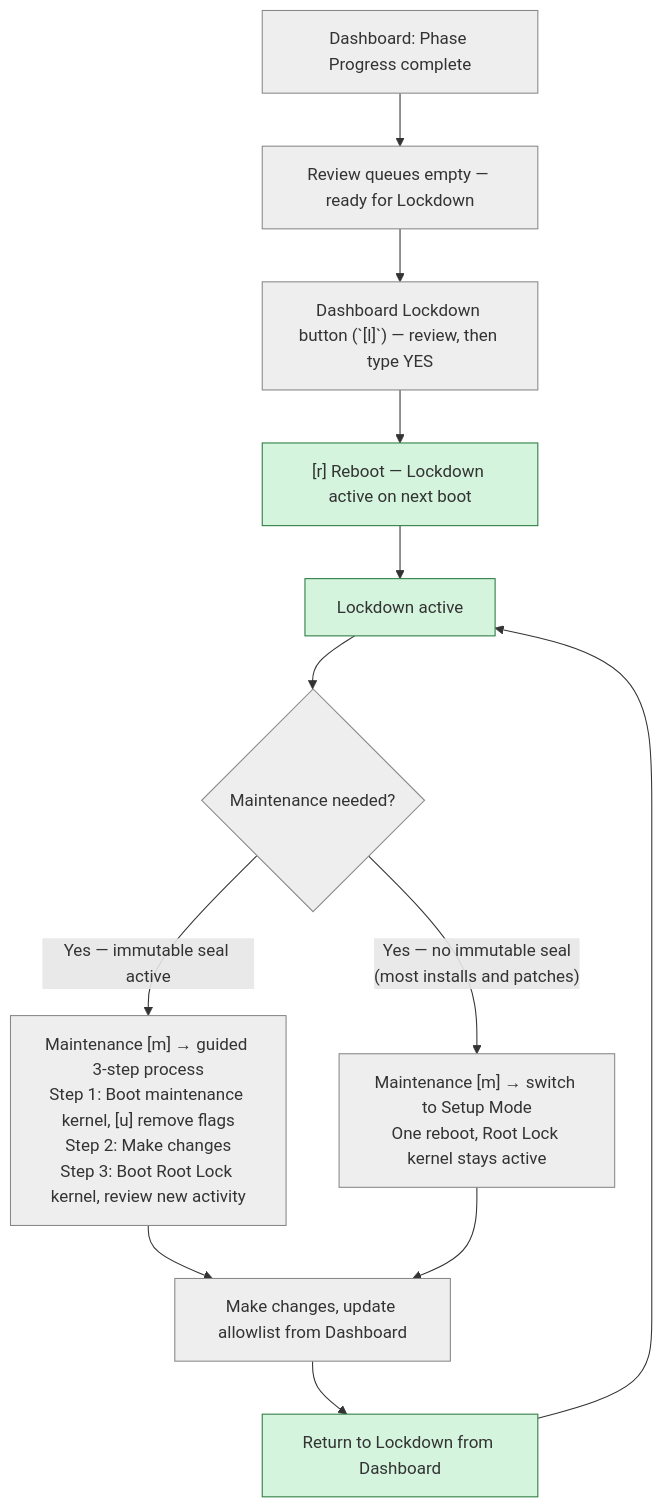
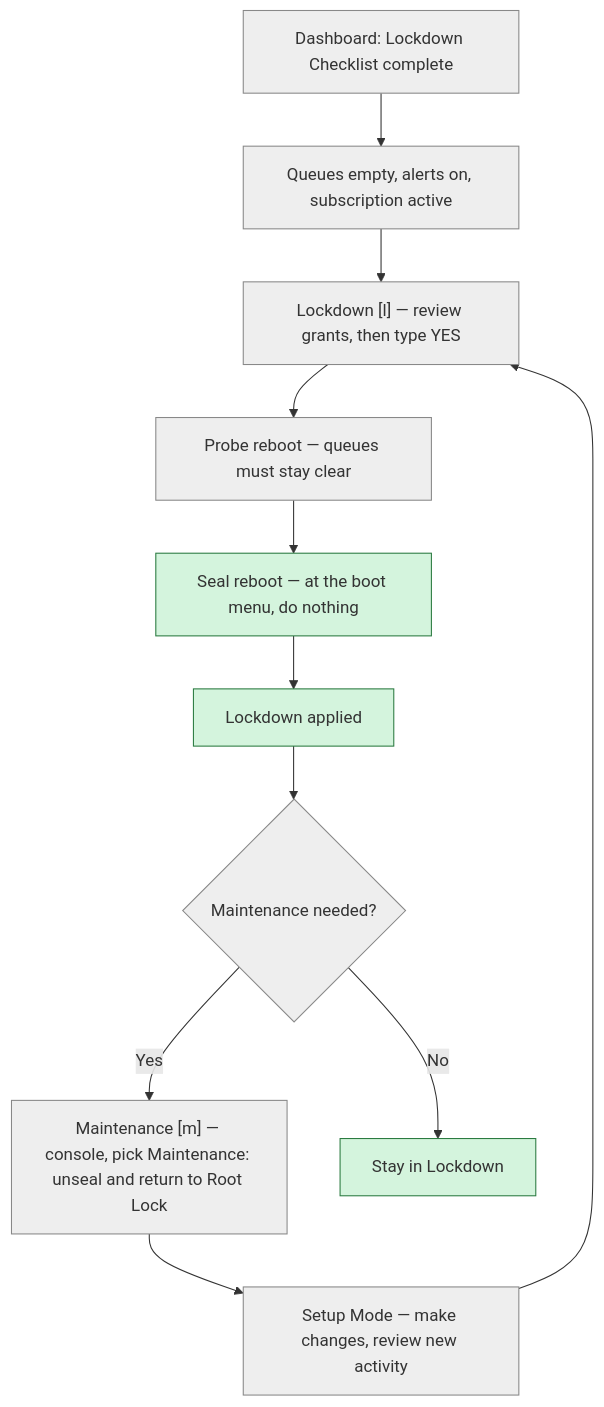
Before and after one commit to HeartSecuritySuite/heartsuite-docs: the diagram in content/en/docs/mode-switching/index.md, drawn with Mermaid. The commit also changed other lines of this file and 13 other files, not shown here.

````diff
--- a/content/en/docs/mode-switching/index.md
+++ b/content/en/docs/mode-switching/index.md
@@ -74,25 +73,24 @@
 ```mermaid
 graph TD
-    A["Dashboard: Phase Progress complete"] --> B["Review queues empty — ready for Lockdown"];
-    B --> C["Dashboard Lockdown button (`[l]`) — review, then type YES"];
-    C --> D["[r] Reboot — Lockdown active on next boot"];
-    D --> E["Lockdown active"];
-    E --> G{Maintenance needed?};
-    G --> |"Yes — immutable seal active"| I["Maintenance [m] → guided 3-step process\nStep 1: Boot maintenance kernel, [u] remove flags\nStep 2: Make changes\nStep 3: Boot Root Lock kernel, review new activity"];
-    G --> |"Yes — no immutable seal\n(most installs and patches)"| O["Maintenance [m] → switch to Setup Mode\nOne reboot, Root Lock kernel stays active"];
-    I --> J["Make changes, update allowlist from Dashboard"];
-    O --> J;
-    J --> N["Return to Lockdown from Dashboard"];
-    N --> E;
+    A["Dashboard: Lockdown Checklist complete"] --> B["Queues empty, alerts on, subscription active"]
+    B --> C["Lockdown [l] — review grants, then type YES"]
+    C --> D["Probe reboot — queues must stay clear"]
+    D --> E["Seal reboot — at the boot menu, do nothing"]
+    E --> F["Lockdown applied"]
+    F --> G{Maintenance needed?}
+    G -->|"Yes"| H["Maintenance [m] — console, pick Maintenance: unseal and return to Root Lock"]
+    H --> I["Setup Mode — make changes, review new activity"]
+    I --> C
+    G -->|"No"| J["Stay in Lockdown"]
 
     style A fill:#eee,stroke:#888
     style B fill:#eee,stroke:#888
     style C fill:#eee,stroke:#888
+    style D fill:#eee,stroke:#888
     style G fill:#eee,stroke:#888
+    style H fill:#eee,stroke:#888
     style I fill:#eee,stroke:#888
-    style O fill:#eee,stroke:#888
-    style J fill:#eee,stroke:#888
-    style D fill:#d4f4dd,stroke:#2a7a40
     style E fill:#d4f4dd,stroke:#2a7a40
-    style N fill:#d4f4dd,stroke:#2a7a40
+    style F fill:#d4f4dd,stroke:#2a7a40
+    style J fill:#d4f4dd,stroke:#2a7a40
 ```
````
